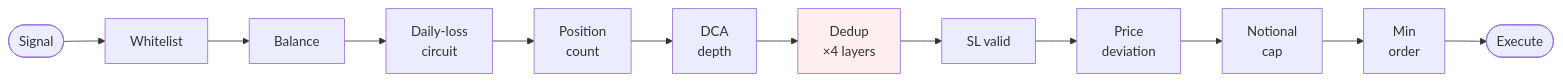
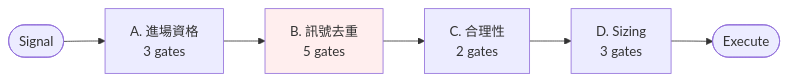
One commit to justinhsu1477/crypto-signal-trader changed the first of 2 diagrams in README.md. Above: the diagram before and after it, drawn with Mermaid. The commit also changed other lines of this file and 2 other files, not shown here.

````diff
--- a/README.md
+++ b/README.md
@@ -57,5 +57,5 @@
 ```mermaid
 flowchart LR
-    S([Signal]) --> A[Whitelist] --> B[Balance] --> C[Daily-loss<br/>circuit] --> D[Position<br/>count] --> E[DCA<br/>depth] --> F[Dedup<br/>×4 layers] --> G[SL valid] --> H[Price<br/>deviation] --> I[Notional<br/>cap] --> J[Min<br/>order] --> K([Execute])
-    style F fill:#fee
+    S([Signal]) --> A[A. 進場資格<br/>3 gates] --> B[B. 訊號去重<br/>5 gates] --> C[C. 合理性<br/>2 gates] --> D[D. Sizing<br/>3 gates] --> E([Execute])
+    style B fill:#fee
 ```
````
